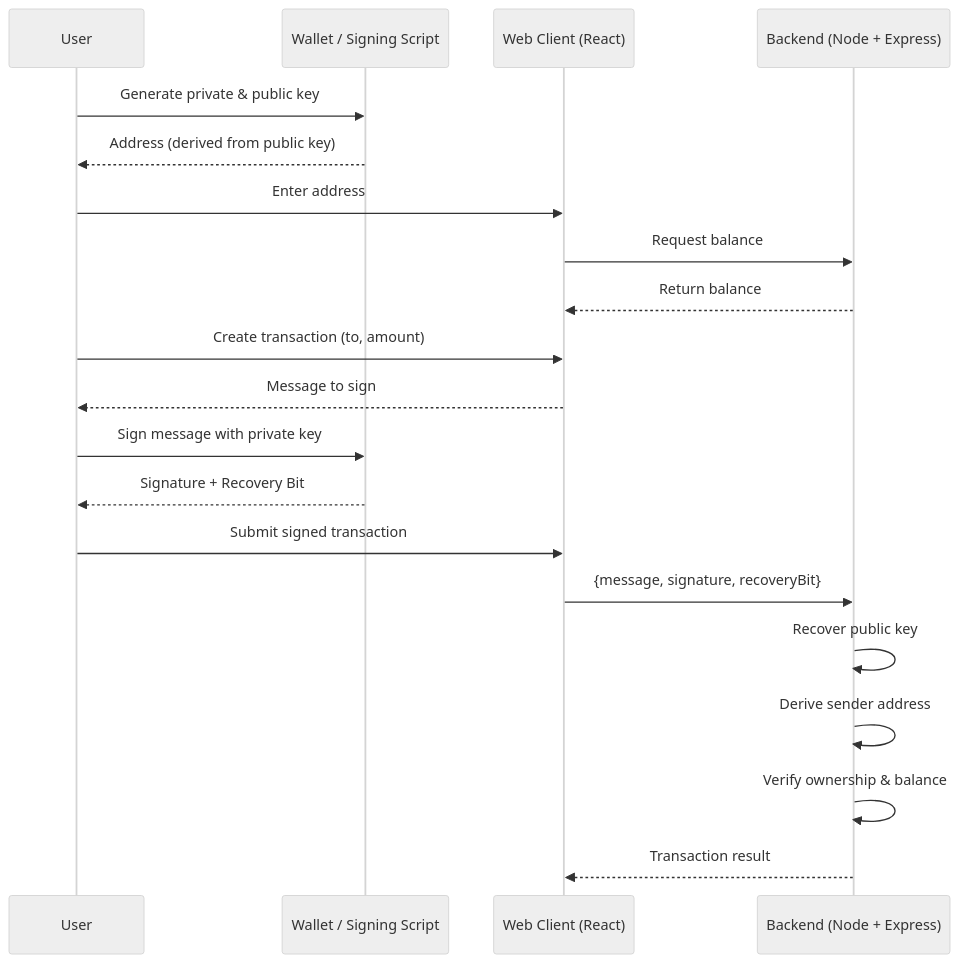
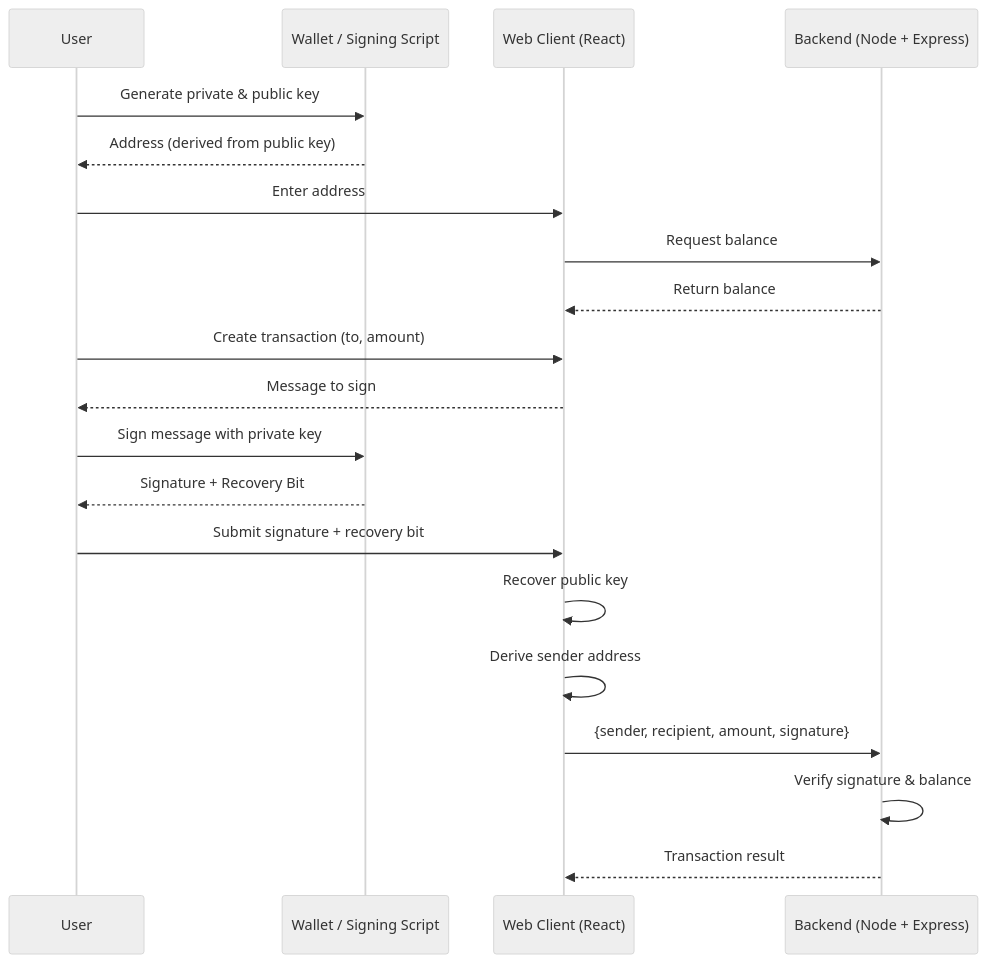
Before and after one commit to 0-x-joseph/ecdsa-web-wallet: the diagram in README.md, drawn with Mermaid (neutral theme).

Commit message:
added a diagram explaining the flow of authentication using publik key cryptography

````diff
--- a/README.md
+++ b/README.md
@@ -165,28 +165,28 @@
 ```mermaid
 sequenceDiagram
     participant User
     participant WalletScript as Wallet / Signing Script
     participant Client as Web Client (React)
     participant Server as Backend (Node + Express)
 
     User->>WalletScript: Generate private & public key
     WalletScript-->>User: Address (derived from public key)
 
     User->>Client: Enter address
     Client->>Server: Request balance
     Server-->>Client: Return balance
 
     User->>Client: Create transaction (to, amount)
     Client-->>User: Message to sign
 
     User->>WalletScript: Sign message with private key
     WalletScript-->>User: Signature + Recovery Bit
 
-    User->>Client: Submit signed transaction
-    Client->>Server: {message, signature, recoveryBit}
+    User->>Client: Submit signature + recovery bit
+    Client->>Client: Recover public key
+    Client->>Client: Derive sender address
 
-    Server->>Server: Recover public key
-    Server->>Server: Derive sender address
-    Server->>Server: Verify ownership & balance
+    Client->>Server: {sender, recipient, amount, signature}
+    Server->>Server: Verify signature & balance
     Server-->>Client: Transaction result
 ```
````
